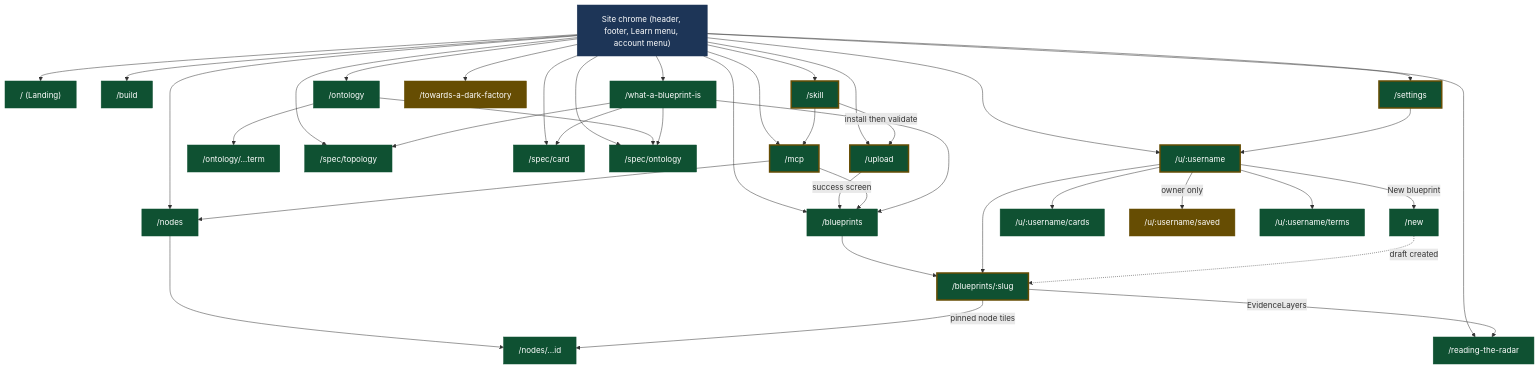
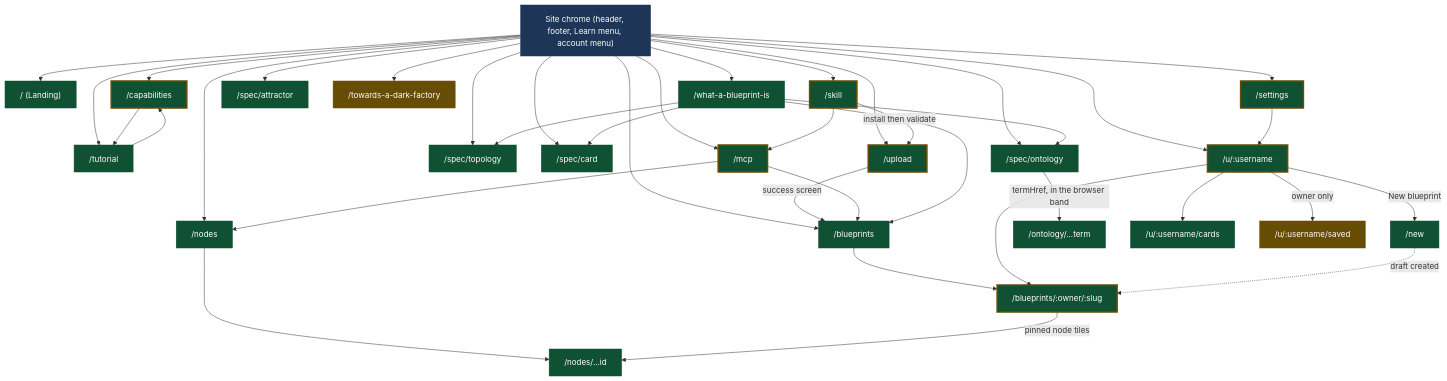
Before and after one commit to darkprint/darkprint: the diagram in docs/architecture/routes.md, drawn with Mermaid. The commit also changed other lines of this file and 515 other files, not shown here.

First line of the commit message:
Attractor parity, and a day of owner rulings on the blueprint and card pages

````diff
--- a/docs/architecture/routes.md
+++ b/docs/architecture/routes.md
@@ -291,40 +422,39 @@
 
   home["/ (Landing)"]
   blueprints["/blueprints"]
-  blueprintSlug["/blueprints/:slug"]
-  build["/build"]
+  blueprintSlug["/blueprints/:owner/:slug"]
+  capabilities["/capabilities"]
+  tutorial["/tutorial"]
   mcp["/mcp"]
   newBundle["/new"]
   nodes["/nodes"]
   nodeId["/nodes/...id"]
-  ontology["/ontology"]
   ontologyTerm["/ontology/...term"]
-  radar["/reading-the-radar"]
   settings["/settings"]
   skill["/skill"]
   specTopology["/spec/topology"]
   specCard["/spec/card"]
   specOntology["/spec/ontology"]
+  specAttractor["/spec/attractor"]
   darkFactory["/towards-a-dark-factory"]
   profile["/u/:username"]
   profileCards["/u/:username/cards"]
   profileSaved["/u/:username/saved"]
-  profileTerms["/u/:username/terms"]
   upload["/upload"]
   whatIsBlueprint["/what-a-blueprint-is"]
 
   chrome --> home
   chrome --> blueprints
-  chrome --> build
+  chrome --> capabilities
+  chrome --> tutorial
   chrome --> mcp
   chrome --> nodes
-  chrome --> ontology
-  chrome --> radar
   chrome --> settings
   chrome --> skill
   chrome --> specTopology
   chrome --> specCard
   chrome --> specOntology
+  chrome --> specAttractor
   chrome --> darkFactory
   chrome --> profile
   chrome --> upload
@@ -332,8 +462,6 @@
 
   blueprints --> blueprintSlug
   nodes --> nodeId
-  ontology --> ontologyTerm
-  ontology --> specOntology
 
   upload -->|"success screen"| blueprints
   skill -->|"install then validate"| upload
@@ -344,22 +472,27 @@
   whatIsBlueprint --> specTopology
   whatIsBlueprint --> specCard
   whatIsBlueprint --> specOntology
+  %% 2026-09-06: the owner folded the browser into /spec/ontology and deleted /ontology,
+  %% so the node and its three edges are gone and the door to a term hangs here instead.
+  %% /ontology is a redirect now and redirects are not drawn in this graph.
+  specOntology -->|"termHref, in the browser band"| ontologyTerm
   blueprintSlug -->|"pinned node tiles"| nodeId
-  blueprintSlug -->|"EvidenceLayers"| radar
+  capabilities --> tutorial
+  tutorial --> capabilities
 
   %% T280: Blueprints took the segmentless slot — profile's own shelf rows link straight
   %% to blueprintSlug (blueprintHref), and /u/:username/blueprints (the tab's old address)
   %% is a redirect nothing currently links to, so it is not drawn — the same treatment the
-  %% thirteen next.config.ts redirects already get in this graph.
+  %% fifteen next.config.ts redirects already get in this graph.
   profile --> blueprintSlug
   profile -->|"New blueprint"| newBundle
   profile --> profileCards
   profile -->|"owner only"| profileSaved
-  profile --> profileTerms
   newBundle -.->|"draft created"| blueprintSlug
   settings --> profile
 
-  class home,blueprints,build,nodes,nodeId,ontology,ontologyTerm,radar,whatIsBlueprint,specTopology,specCard,specOntology,profileCards,profileTerms,newBundle live
+  class home,blueprints,tutorial,nodes,nodeId,ontologyTerm,whatIsBlueprint,specTopology,specCard,specOntology,specAttractor,profileCards,newBundle live
+  class capabilities mixed
   class darkFactory,profileSaved mock
   class blueprintSlug,settings,skill,mcp,profile,upload mixed
 ```
````
